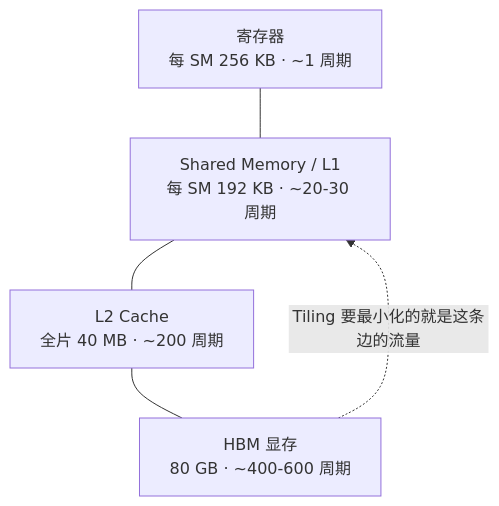
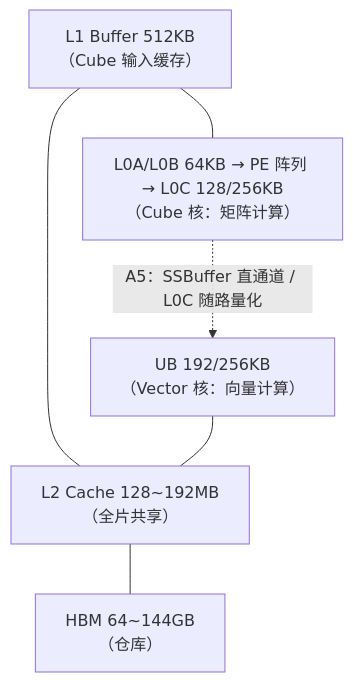
Before and after one commit to kangdl/AscendC_Basic_Knowledge: diagram 21 of 27 in AscendC算子学习指导.md, drawn with Mermaid. The commit also changed other lines of this file and 3 other files, not shown here.

Commit message:
refactor: 第七章 Tiling 举例改为昇腾口径（A5 为主、A2/A3 次之、GPU 对照）——AscendC 三段流水主体、三代 Buffer/Roofline 账本、附件加 A2/A5 预设与 L0C 容量账

````diff
--- a/AscendC算子学习指导.md
+++ b/AscendC算子学习指导.md
@@ -4862,7 +4869,13 @@
 ```mermaid
 flowchart TB
-    R["寄存器<br/>每 SM 256 KB · ~1 周期"] --- S["Shared Memory / L1<br/>每 SM 192 KB · ~20-30 周期"]
-    S --- L["L2 Cache<br/>全片 40 MB · ~200 周期"]
-    L --- H["HBM 显存<br/>80 GB · ~400-600 周期"]
-    H -. "Tiling 要最小化的就是这条边的流量" .-> S
+    L0["L0A/L0B 64KB → PE 阵列 → L0C 128/256KB<br/>（Cube 核：矩阵计算）"]
+    UB["UB 192/256KB<br/>（Vector 核：向量计算）"]
+    L1["L1 Buffer 512KB<br/>（Cube 输入缓存）"]
+    L2["L2 Cache 128~192MB<br/>（全片共享）"]
+    H["HBM 64~144GB<br/>（仓库）"]
+    L1 --- L0
+    L1 --- L2
+    UB --- L2
+    L2 --- H
+    L0 -. "A5：SSBuffer 直通道 / L0C 随路量化" .-> UB
 ```
````
